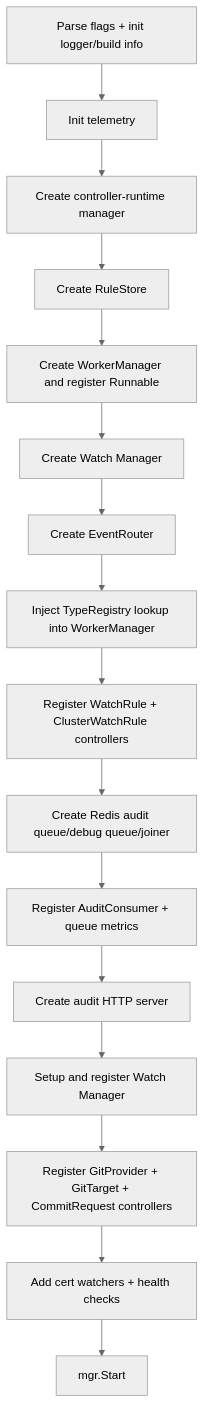
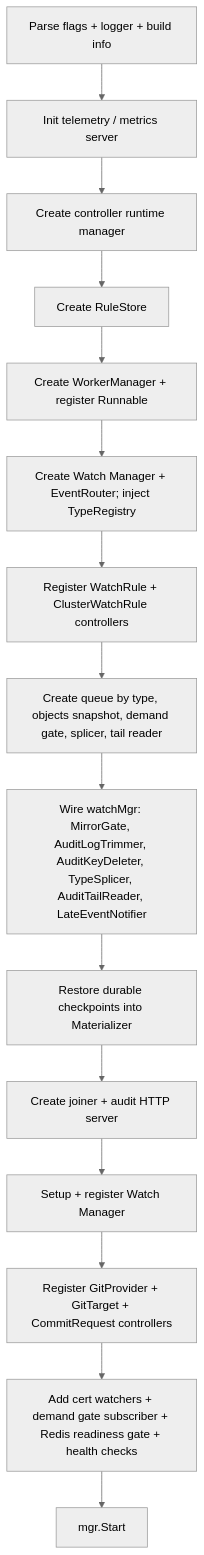
One commit to ConfigButler/gitops-reverser changed the third of 3 diagrams in docs/architecture.md. Above: the diagram before and after it, drawn with Mermaid (neutral theme). The commit also changed other lines of this file and 9 other files, not shown here.

Commit message:
chore: aligning config fields and updating architecture docs

````diff
--- a/docs/architecture.md
+++ b/docs/architecture.md
@@ -636,18 +761,17 @@
 ```mermaid
 flowchart TD
-    A[Parse flags + init logger/build info] --> B[Init telemetry]
-    B --> C[Create controller-runtime manager]
+    A[Parse flags + logger + build info] --> B[Init telemetry / metrics server]
+    B --> C[Create controller runtime manager]
     C --> D[Create RuleStore]
-    D --> E[Create WorkerManager and register Runnable]
-    E --> F[Create Watch Manager]
-    F --> G[Create EventRouter]
-    G --> H[Inject TypeRegistry lookup into WorkerManager]
-    H --> I[Register WatchRule + ClusterWatchRule controllers]
-    I --> J[Create Redis audit queue/debug queue/joiner]
-    J --> K[Register AuditConsumer + queue metrics]
-    K --> L[Create audit HTTP server]
-    L --> M[Setup and register Watch Manager]
-    M --> N[Register GitProvider + GitTarget + CommitRequest controllers]
-    N --> O[Add cert watchers + health checks]
-    O --> P[mgr.Start]
+    D --> E[Create WorkerManager + register Runnable]
+    E --> F[Create Watch Manager + EventRouter; inject TypeRegistry]
+    F --> G[Register WatchRule + ClusterWatchRule controllers]
+    G --> H[Create queue by type, objects snapshot, demand gate, splicer, tail reader]
+    H --> I[Wire watchMgr: MirrorGate, AuditLogTrimmer, AuditKeyDeleter, TypeSplicer, AuditTailReader, LateEventNotifier]
+    I --> J[Restore durable checkpoints into Materializer]
+    J --> K[Create joiner + audit HTTP server]
+    K --> L[Setup + register Watch Manager]
+    L --> M[Register GitProvider + GitTarget + CommitRequest controllers]
+    M --> N[Add cert watchers + demand gate subscriber + Redis readiness gate + health checks]
+    N --> O[mgr.Start]
 ```
````
